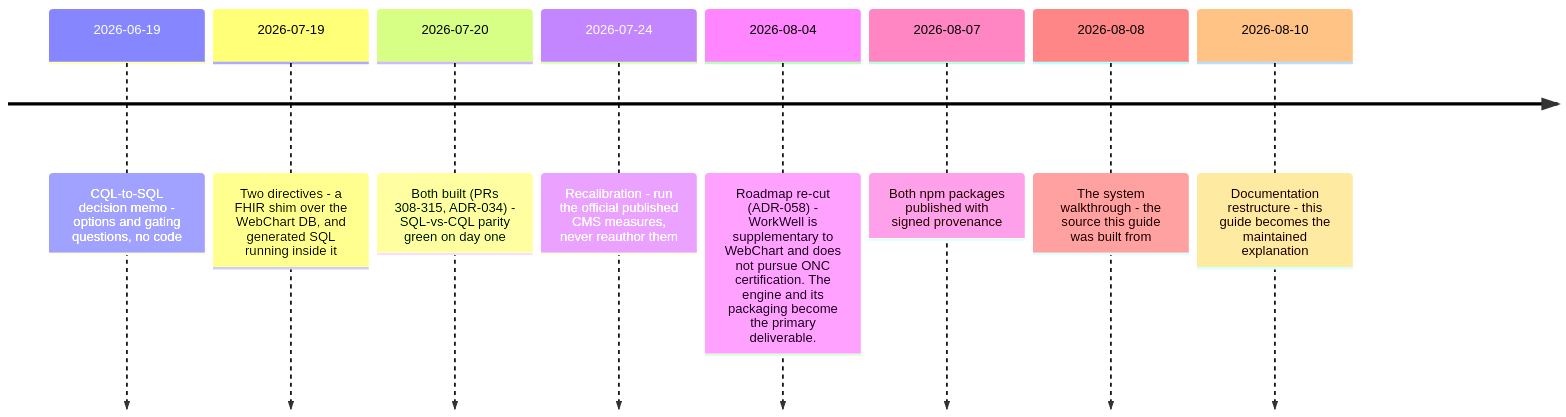
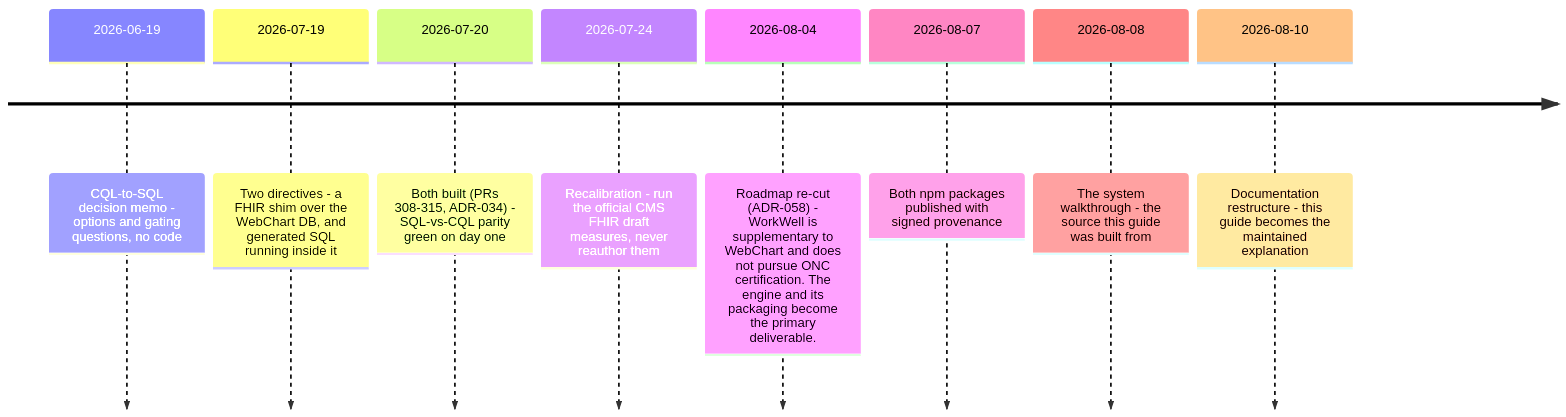
One commit to Taleef7/workwell changed the first of 2 diagrams in docs/guide/09-state-and-roadmap.md. Above: the diagram before and after it, drawn with Mermaid. The commit also changed other lines of this file and 24 other files, not shown here.

````diff
--- a/docs/guide/09-state-and-roadmap.md
+++ b/docs/guide/09-state-and-roadmap.md
@@ -10,11 +10,11 @@
 ```mermaid
 timeline
   2026-06-19 : CQL-to-SQL decision memo - options and gating questions, no code
   2026-07-19 : Two directives - a FHIR shim over the WebChart DB, and generated SQL running inside it
   2026-07-20 : Both built (PRs 308-315, ADR-034) - SQL-vs-CQL parity green on day one
-  2026-07-24 : Recalibration - run the official published CMS measures, never reauthor them
+  2026-07-24 : Recalibration - run the official CMS FHIR draft measures, never reauthor them
   2026-08-04 : Roadmap re-cut (ADR-058) - WorkWell is supplementary to WebChart and does not pursue ONC certification. The engine and its packaging become the primary deliverable.
   2026-08-07 : Both npm packages published with signed provenance
   2026-08-08 : The system walkthrough - the source this guide was built from
   2026-08-10 : Documentation restructure - this guide becomes the maintained explanation
 ```
````
